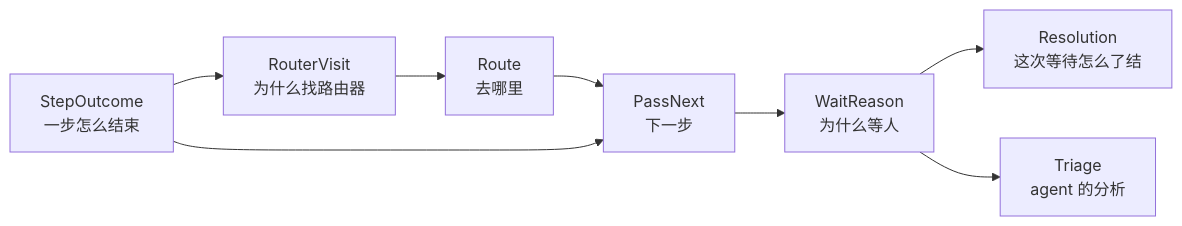
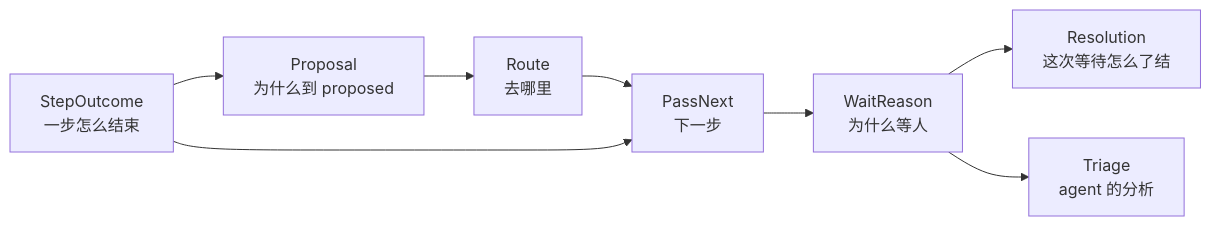
One commit to steven-zhc/lingtai changed the diagram in doc/design/types.zh.md. Above: the diagram before and after it, drawn with Mermaid. The commit also changed other lines of this file, not shown here.

First line of the commit message:
docs(design): proposed has one name — what arrives there is a Proposal, what it decides is a Route, and router is retired

````diff
--- a/doc/design/types.zh.md
+++ b/doc/design/types.zh.md
@@ -16,10 +16,10 @@
 ```mermaid
 flowchart LR
-  A["StepOutcome<br/>一步怎么结束"] --> B["RouterVisit<br/>为什么找路由器"]
+  A["StepOutcome<br/>一步怎么结束"] --> B["Proposal<br/>为什么到 proposed"]
   B --> C["Route<br/>去哪里"]
   C --> D["PassNext<br/>下一步"]
   A --> D
   D --> E["WaitReason<br/>为什么等人"]
   E --> F["Resolution<br/>这次等待怎么了结"]
   E --> G["Triage<br/>agent 的分析"]
 ```
````
